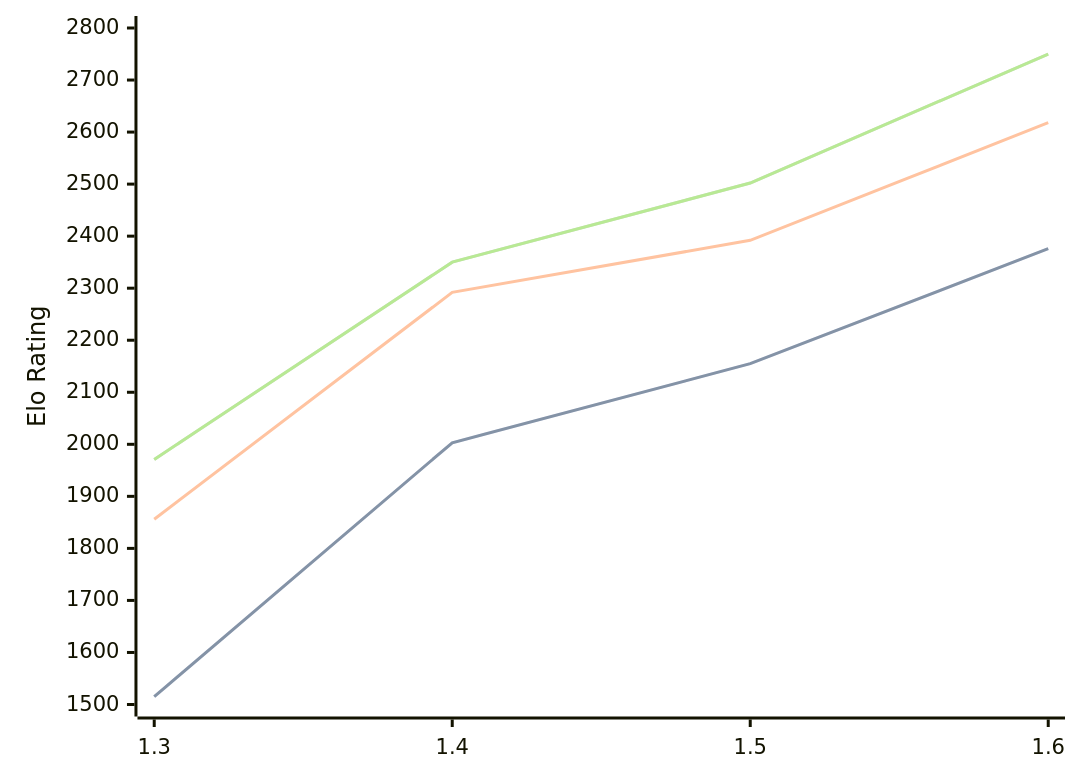
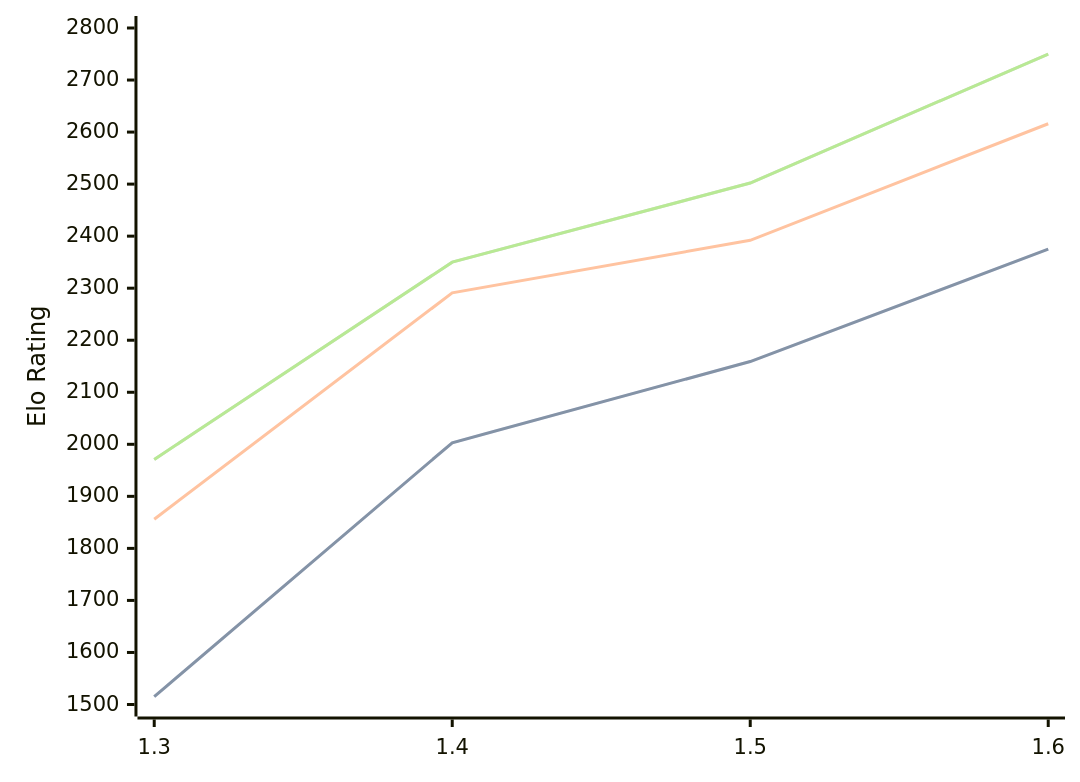
One commit to computer-chess-index/cci changed the diagram in engines/Facon.md. Above: the diagram before and after it, drawn with Mermaid. The commit also changed other lines of this file, not shown here.

````diff
--- a/engines/Facon.md
+++ b/engines/Facon.md
@@ -35,11 +35,11 @@
 ```mermaid
 %%{init: {"theme":"base","themeVariables":{"seriesColors:['#a3a3a3','#222221','#faa371']}}}%%
 xychart-beta
   x-axis ["1.3", "1.4", "1.5", "1.6"]
   y-axis "Elo Rating" 1500 --> 2800
-  line "" [1515, 2003, 2155, 2376]
-  line "STC (8.0+0.08s)" [1515, 2003, 2155, 2376]
-  line "LTC (60.0+0.60s)" [1856, 2292, 2392, 2618]
+  line "" [1515, 2003, 2159, 2375]
+  line "STC (8.0+0.08s)" [1515, 2003, 2159, 2375]
+  line "LTC (60.0+0.60s)" [1856, 2291, 2392, 2616]
   line "" [1971, 2350, 2502, 2750]
   line "VLTC (2m24s+1.12s)" [1971, 2350, 2502, 2750]
 ```
````
